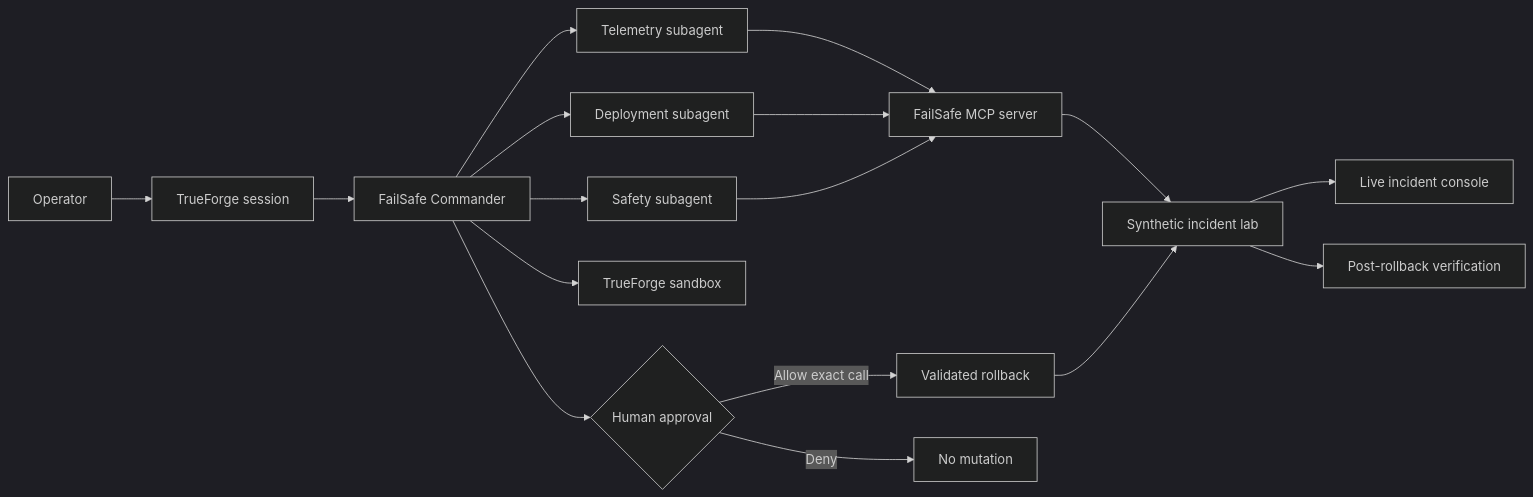
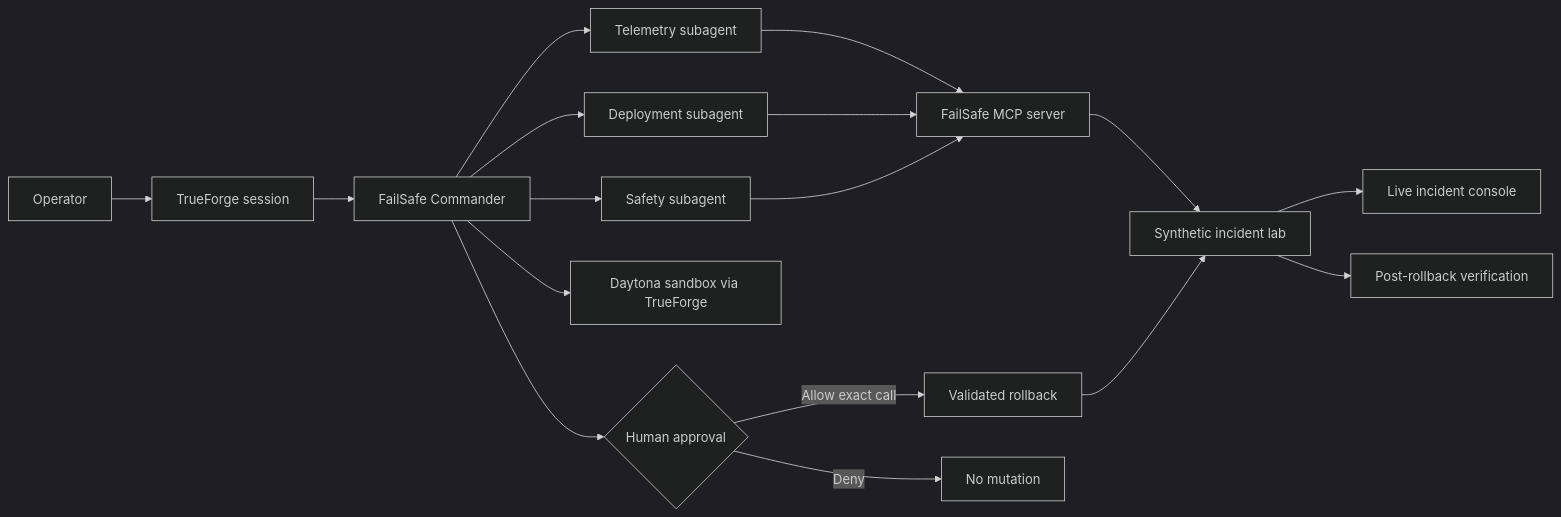
The diagram in README.md (charannyk06/failsafe-trueforge), drawn with Mermaid (dark theme) before and after one commit. The commit also changed other lines of this file, not shown here.

````diff
--- a/README.md
+++ b/README.md
@@ -76,19 +76,19 @@
 ```mermaid
 flowchart LR
     O[Operator] --> TF[TrueForge session]
     TF --> C[FailSafe Commander]
     C --> T[Telemetry subagent]
     C --> D[Deployment subagent]
     C --> S[Safety subagent]
-    C --> SB[TrueForge sandbox]
+    C --> SB[Daytona sandbox via TrueForge]
     T --> MCP[FailSafe MCP server]
     D --> MCP
     S --> MCP
     MCP --> LAB[Synthetic incident lab]
     LAB --> UI[Live incident console]
     C --> G{Human approval}
     G -->|Allow exact call| R[Validated rollback]
     G -->|Deny| X[No mutation]
     R --> LAB
     LAB --> V[Post-rollback verification]
 ```
````
